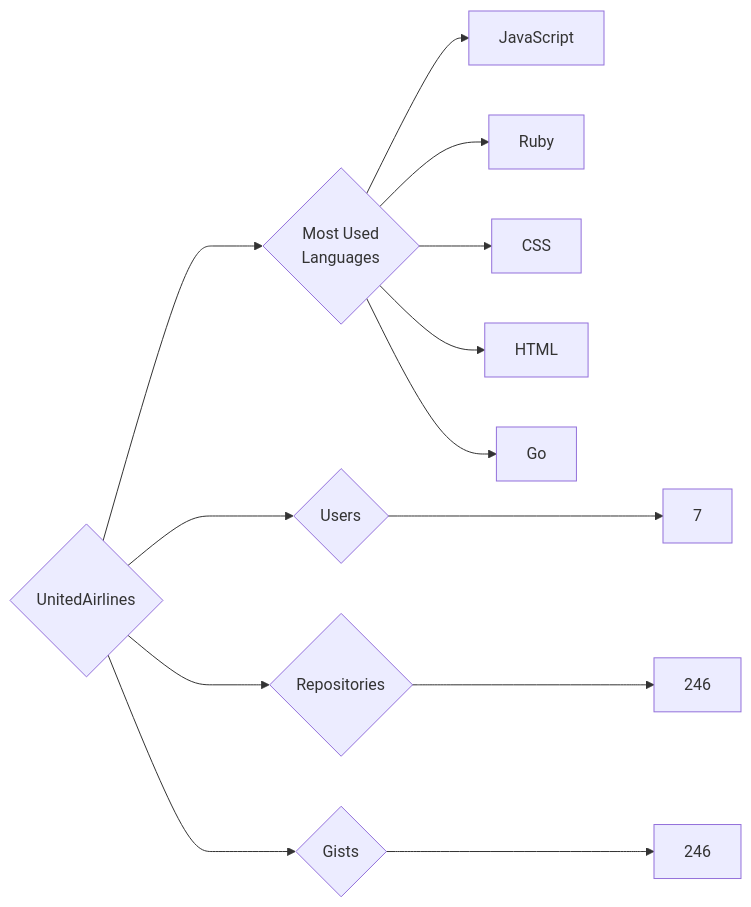
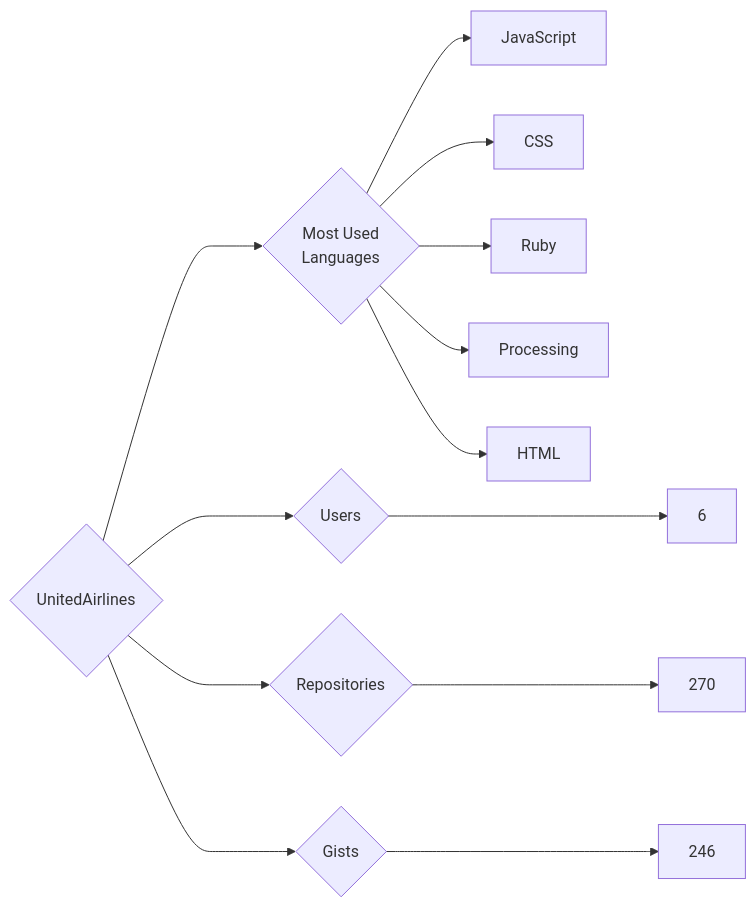
The diagram in targets/UnitedAirlines/README.md (trickest/insiders), drawn with Mermaid before and after one commit. The commit also changed 1248 other files, not shown here.

````diff
--- a/targets/UnitedAirlines/README.md
+++ b/targets/UnitedAirlines/README.md
@@ -3,13 +3,13 @@
 ```mermaid
 graph LR
 COMPANY_NAME{UnitedAirlines}
-COMPANY_NAME ---> U{Users} ---> UN[7]
-COMPANY_NAME ---> R{Repositories} ---> RN[246]
+COMPANY_NAME ---> U{Users} ---> UN[6]
+COMPANY_NAME ---> R{Repositories} ---> RN[270]
 COMPANY_NAME ---> G{Gists} ---> GN[246]
 COMPANY_NAME ---> ML{Most Used<br>Languages}
 ML --> JavaScript[JavaScript]
+ML --> CSS[CSS]
 ML --> Ruby[Ruby]
-ML --> CSS[CSS]
+ML --> Processing[Processing]
 ML --> HTML[HTML]
-ML --> Go[Go]
 ```
````
